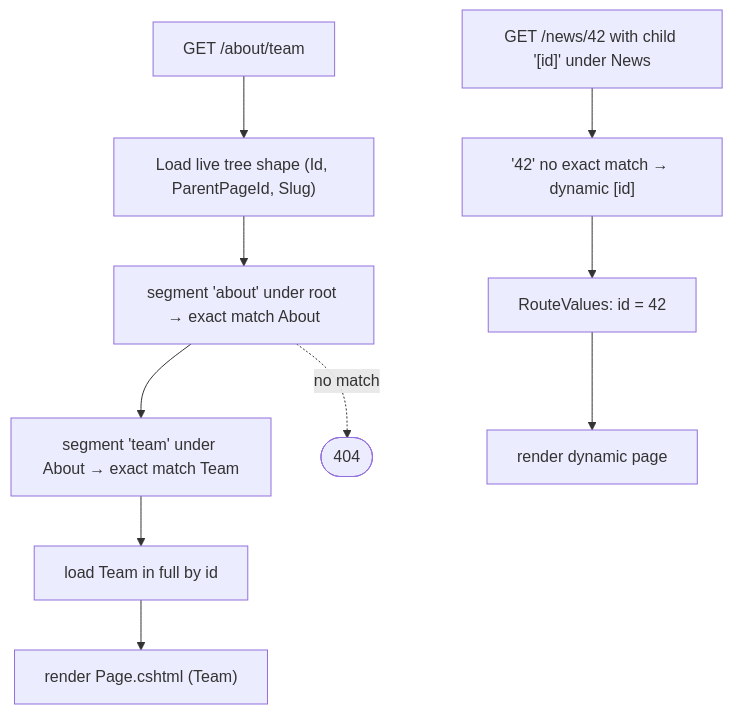
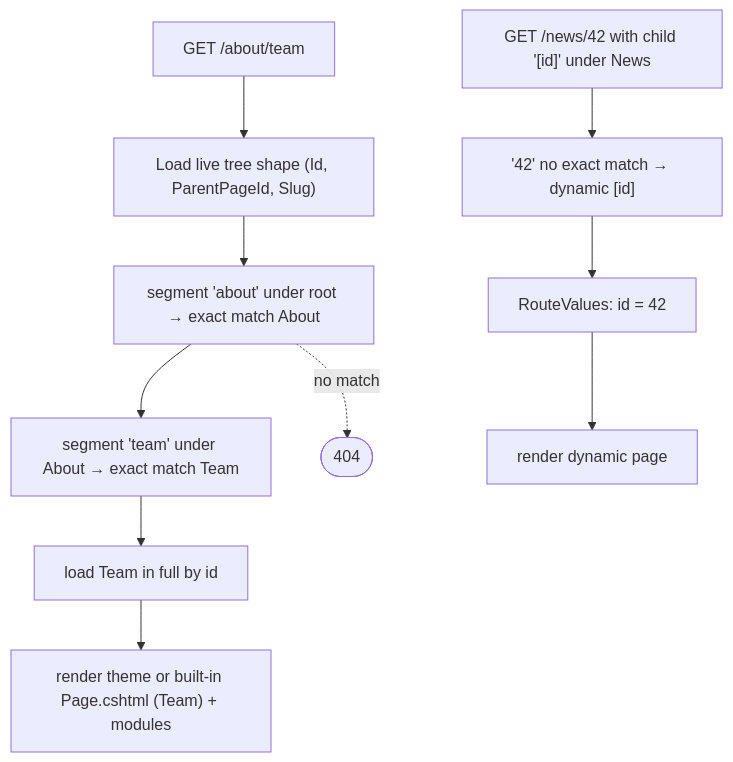
The diagram in .docs/pages/public-page.md (Albadit/DotNetForge), drawn with Mermaid before and after one commit. The commit also changed other lines of this file and 454 other files, not shown here.

````diff
--- a/.docs/pages/public-page.md
+++ b/.docs/pages/public-page.md
@@ -103,10 +138,10 @@
 ```mermaid
 flowchart TD
     A["GET /about/team"] --> B["Load live tree shape (Id, ParentPageId, Slug)"]
     B --> C["segment 'about' under root → exact match About"]
     C --> D["segment 'team' under About → exact match Team"]
-    D --> L["load Team in full by id"] --> E["render Page.cshtml (Team)"]
+    D --> L["load Team in full by id"] --> E["render theme or built-in Page.cshtml (Team) + modules"]
     A2["GET /news/42 with child '[id]' under News"] --> F["'42' no exact match → dynamic [id]"]
     F --> G["RouteValues: id = 42"] --> E2[render dynamic page]
     C -. "no match" .-> X([404])
 ```
````
